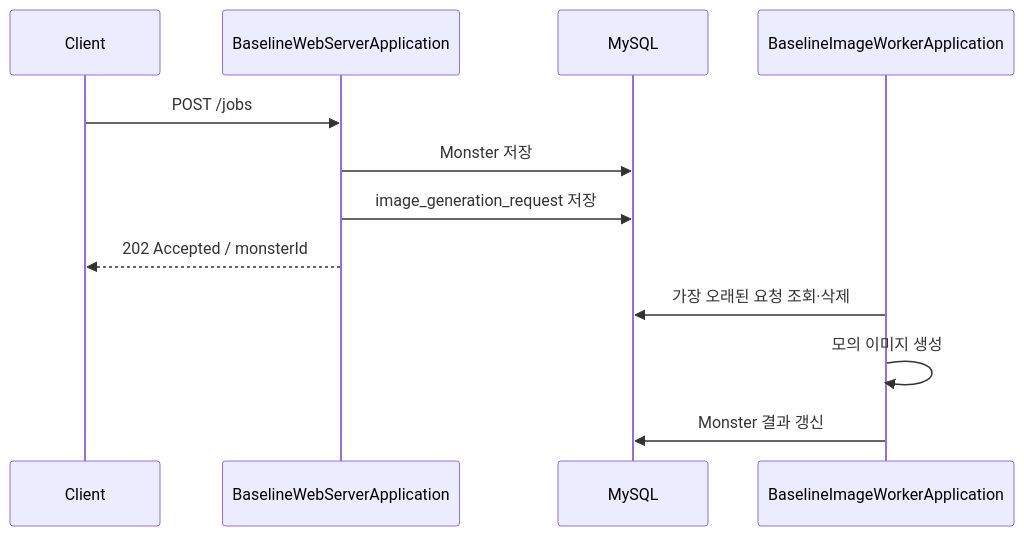
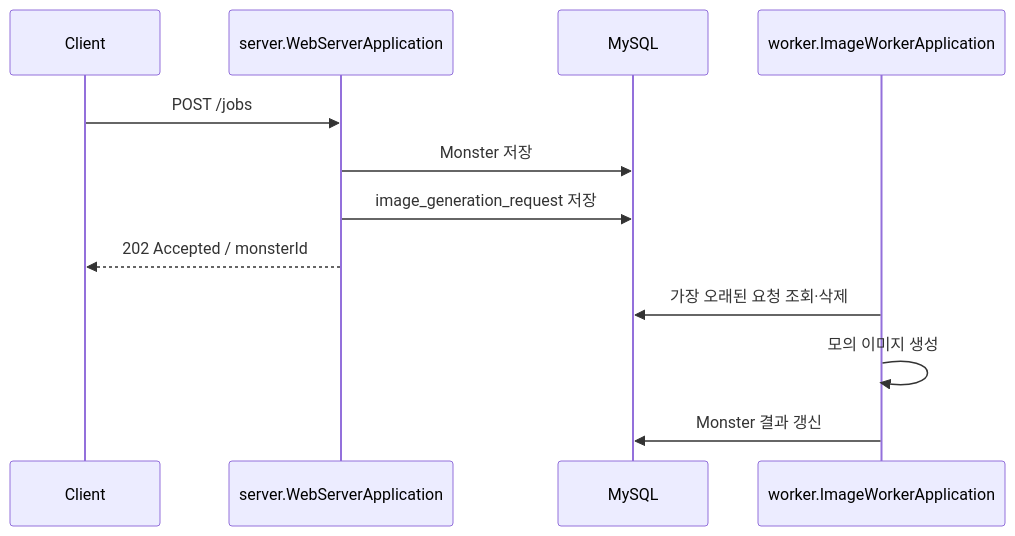
One commit to kangrae-jo/woowa-archive changed the diagram in technical-writing/02-minimal-db-polling/README.md. Above: the diagram before and after it, drawn with Mermaid. The commit also changed other lines of this file and 3 other files, not shown here.

````diff
--- a/technical-writing/02-minimal-db-polling/README.md
+++ b/technical-writing/02-minimal-db-polling/README.md
@@ -11,15 +11,15 @@
 ```mermaid
 sequenceDiagram
     participant C as Client
-    participant W as BaselineWebServerApplication
+    participant W as server.WebServerApplication
     participant DB as MySQL
-    participant I as BaselineImageWorkerApplication
+    participant I as worker.ImageWorkerApplication
 
     C->>W: POST /jobs
     W->>DB: Monster 저장
     W->>DB: image_generation_request 저장
     W-->>C: 202 Accepted / monsterId
     I->>DB: 가장 오래된 요청 조회·삭제
     I->>I: 모의 이미지 생성
     I->>DB: Monster 결과 갱신
 ```
````
